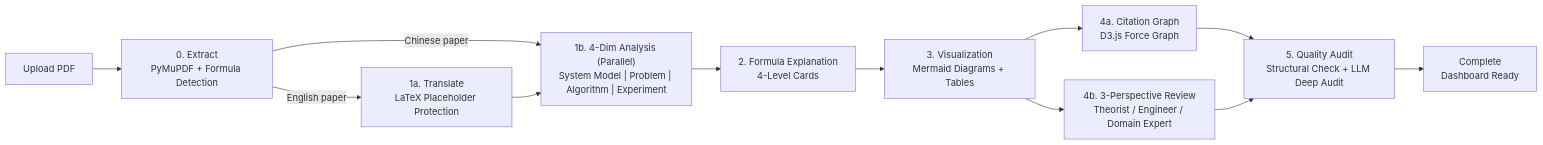
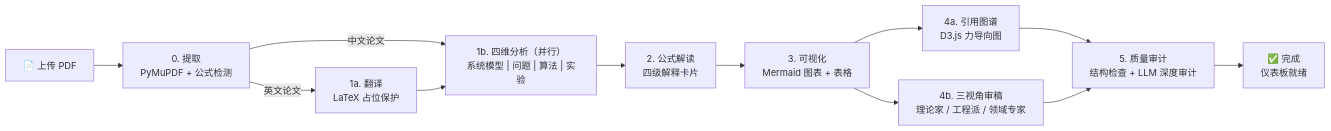
Before and after one commit to silver4444-xs/silver_research_bot: the second of 2 diagrams in README.md, drawn with Mermaid. The commit also changed other lines of this file, not shown here.

First line of the commit message:
docs: rewrite README with Chinese as primary language

````diff
--- a/README.md
+++ b/README.md
@@ -187,14 +187,14 @@
 ```mermaid
 flowchart LR
-    UPLOAD["Upload PDF"] --> EXTRACT["0. Extract<br/>PyMuPDF + Formula Detection"]
-    EXTRACT -->|"English paper"| TRANSLATE["1a. Translate<br/>LaTeX Placeholder Protection"]
-    EXTRACT -->|"Chinese paper"| ANALYZE
-    TRANSLATE --> ANALYZE["1b. 4-Dim Analysis (Parallel)<br/>System Model | Problem | Algorithm | Experiment"]
-    ANALYZE --> FORMULA["2. Formula Explanation<br/>4-Level Cards"]
-    FORMULA --> VIS["3. Visualization<br/>Mermaid Diagrams + Tables"]
-    VIS --> CITATION["4a. Citation Graph<br/>D3.js Force Graph"]
-    VIS --> REVIEW["4b. 3-Perspective Review<br/>Theorist / Engineer / Domain Expert"]
-    CITATION --> AUDIT["5. Quality Audit<br/>Structural Check + LLM Deep Audit"]
+    UPLOAD["📄 上传 PDF"] --> EXTRACT["0. 提取<br/>PyMuPDF + 公式检测"]
+    EXTRACT -->|"英文论文"| TRANSLATE["1a. 翻译<br/>LaTeX 占位保护"]
+    EXTRACT -->|"中文论文"| ANALYZE
+    TRANSLATE --> ANALYZE["1b. 四维分析（并行）<br/>系统模型 | 问题 | 算法 | 实验"]
+    ANALYZE --> FORMULA["2. 公式解读<br/>四级解释卡片"]
+    FORMULA --> VIS["3. 可视化<br/>Mermaid 图表 + 表格"]
+    VIS --> CITATION["4a. 引用图谱<br/>D3.js 力导向图"]
+    VIS --> REVIEW["4b. 三视角审稿<br/>理论家 / 工程派 / 领域专家"]
+    CITATION --> AUDIT["5. 质量审计<br/>结构检查 + LLM 深度审计"]
     REVIEW --> AUDIT
-    AUDIT --> DONE["Complete<br/>Dashboard Ready"]
+    AUDIT --> DONE["✅ 完成<br/>仪表板就绪"]
 ```
````
